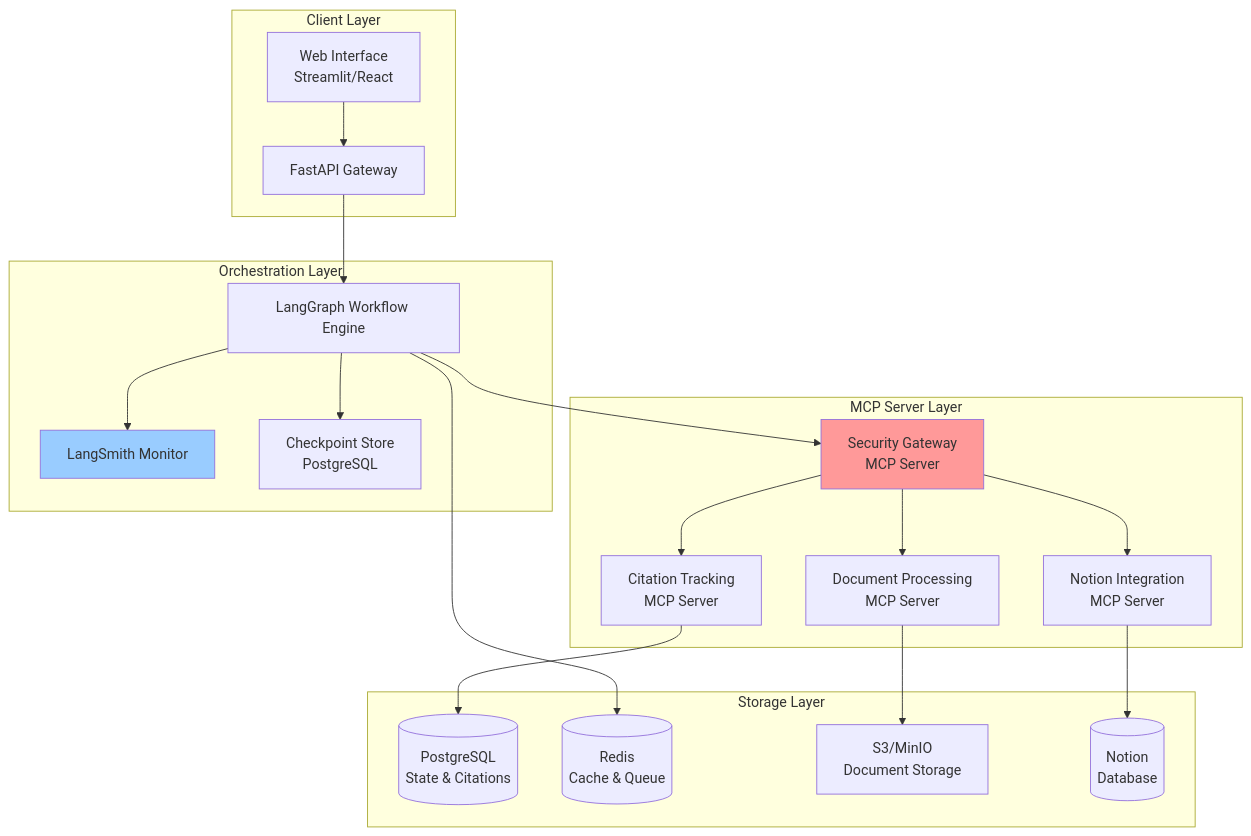
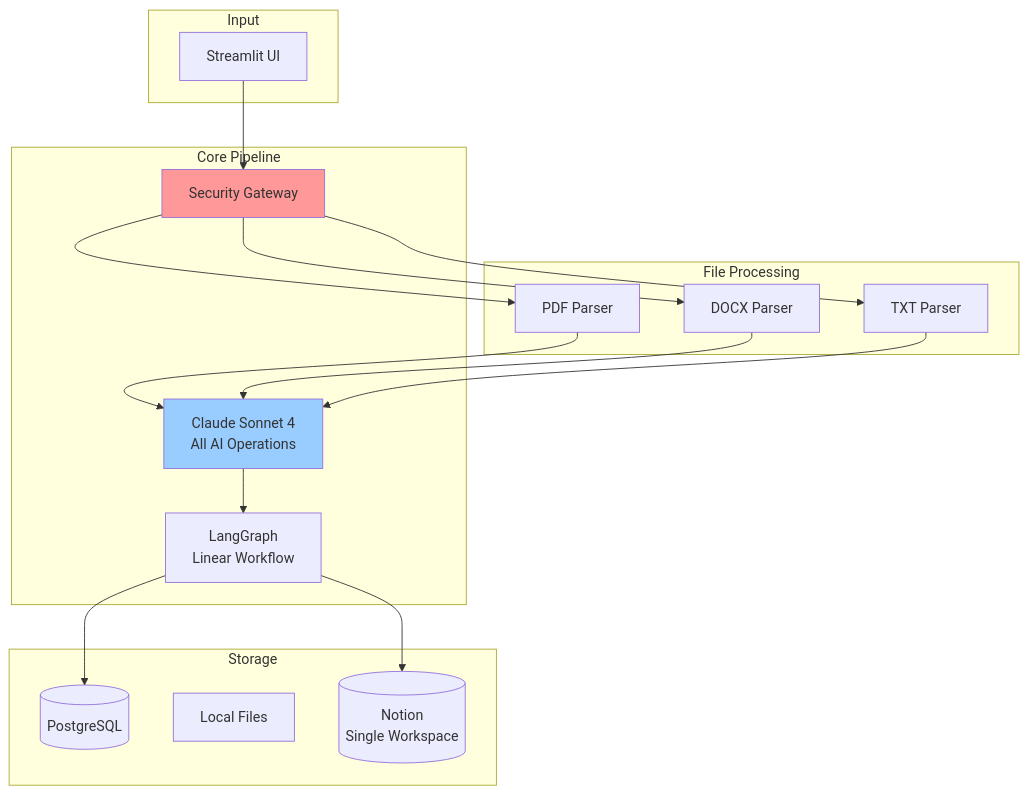
The first of 9 diagrams in transformation_architecture.md (goodfitcareers/langgraph-mcp-agents), drawn with Mermaid before and after one commit. The commit also changed other lines of this file, not shown here.

````diff
--- a/transformation_architecture.md
+++ b/transformation_architecture.md
@@ -54,44 +21,39 @@
 ```mermaid
 graph TB
-    subgraph "Client Layer"
-        UI[Web Interface<br/>Streamlit/React]
-        API[FastAPI Gateway]
+    subgraph "Input"
+        UI[Streamlit UI]
     end
 
-    subgraph "Orchestration Layer"
-        LG[LangGraph Workflow Engine]
-        LS[LangSmith Monitor]
-        CS[Checkpoint Store<br/>PostgreSQL]
+    subgraph "File Processing"
+        PDF[PDF Parser]
+        DOCX[DOCX Parser]
+        TXT[TXT Parser]
     end
 
-    subgraph "MCP Server Layer"
-        MCP1[Document Processing<br/>MCP Server]
-        MCP2[Notion Integration<br/>MCP Server]
-        MCP3[Citation Tracking<br/>MCP Server]
-        MCP4[Security Gateway<br/>MCP Server]
+    subgraph "Core Pipeline"
+        SEC[Security Gateway]
+        LANG[LangGraph<br/>Linear Workflow]
+        CLAUDE[Claude Sonnet 4<br/>All AI Operations]
     end
 
-    subgraph "Storage Layer"
-        PG[(PostgreSQL<br/>State & Citations)]
-        REDIS[(Redis<br/>Cache & Queue)]
-        S3[S3/MinIO<br/>Document Storage]
-        NOTION[(Notion<br/>Database)]
+    subgraph "Storage"
+        PG[(PostgreSQL)]
+        FILES[Local Files]
+        NOTION[(Notion<br/>Single Workspace)]
     end
 
-    UI --> API
-    API --> LG
-    LG --> LS
-    LG --> CS
-    LG --> MCP4
-    MCP4 --> MCP1
-    MCP4 --> MCP2
-    MCP4 --> MCP3
-    MCP1 --> S3
-    MCP2 --> NOTION
-    MCP3 --> PG
-    LG --> REDIS
+    UI --> SEC
+    SEC --> PDF
+    SEC --> DOCX
+    SEC --> TXT
+    PDF --> CLAUDE
+    DOCX --> CLAUDE
+    TXT --> CLAUDE
+    CLAUDE --> LANG
+    LANG --> NOTION
+    LANG --> PG
 
-    style MCP4 fill:#ff9999
-    style LS fill:#99ccff
+    style CLAUDE fill:#99ccff
+    style SEC fill:#ff9999
 
 ```
````
